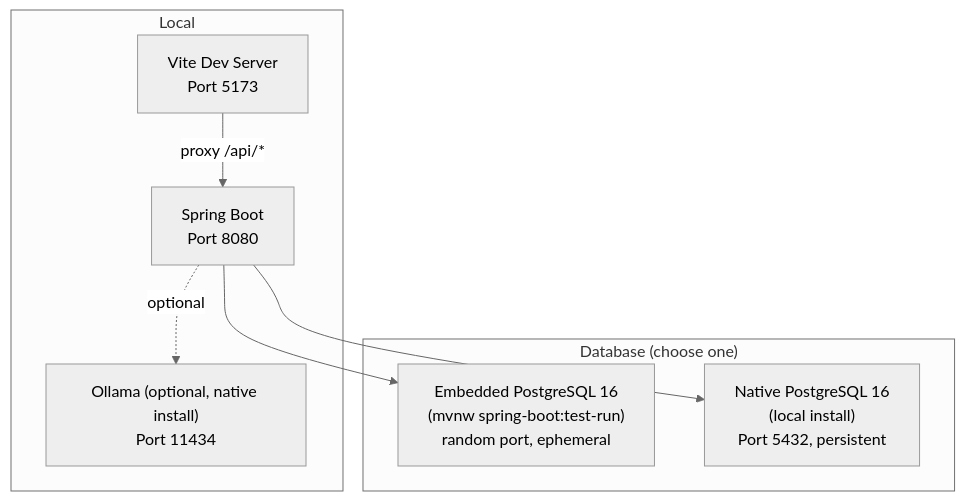
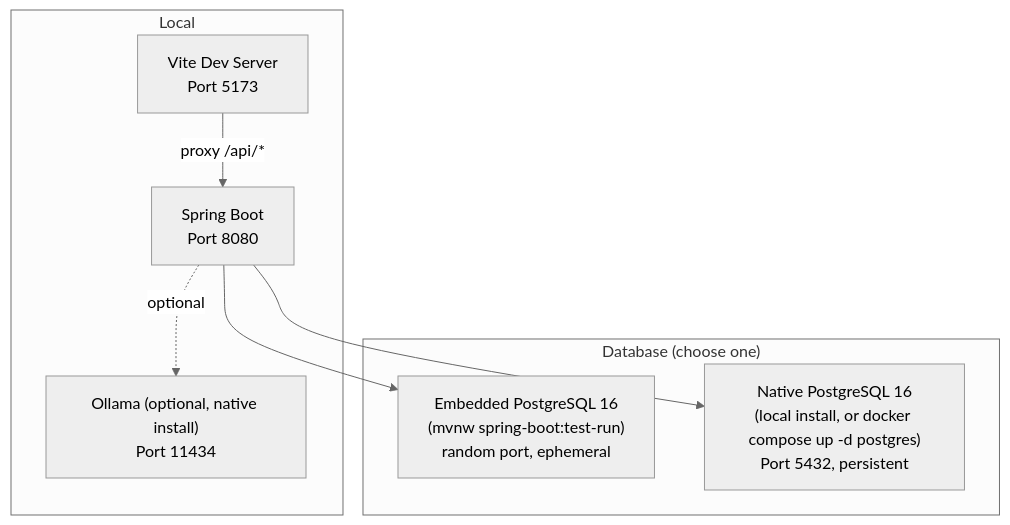
Before and after one commit to Pranjalian/GitHub-Repository-Intelligence-Platform: diagram 14 of 14 in docs/architecture.md, drawn with Mermaid (neutral theme). The commit also changed other lines of this file and 12 other files, not shown here.

First line of the commit message:
feat: add Docker Compose local run for postgres, backend and frontend (step 1.19)

````diff
--- a/docs/architecture.md
+++ b/docs/architecture.md
@@ -1252,18 +1270,18 @@
 ```mermaid
 graph TD
     subgraph Database["Database (choose one)"]
         EDB["Embedded PostgreSQL 16\n(mvnw spring-boot:test-run)\nrandom port, ephemeral"]
-        NDB["Native PostgreSQL 16\n(local install)\nPort 5432, persistent"]
+        NDB["Native PostgreSQL 16\n(local install, or docker compose up -d postgres)\nPort 5432, persistent"]
     end
 
     subgraph Local
         BE["Spring Boot\nPort 8080"]
         FE["Vite Dev Server\nPort 5173"]
         OLLAMA["Ollama (optional, native install)\nPort 11434"]
     end
 
     FE -->|"proxy /api/*"| BE
     BE --> EDB
     BE --> NDB
     BE -.->|"optional"| OLLAMA
 ```
````
